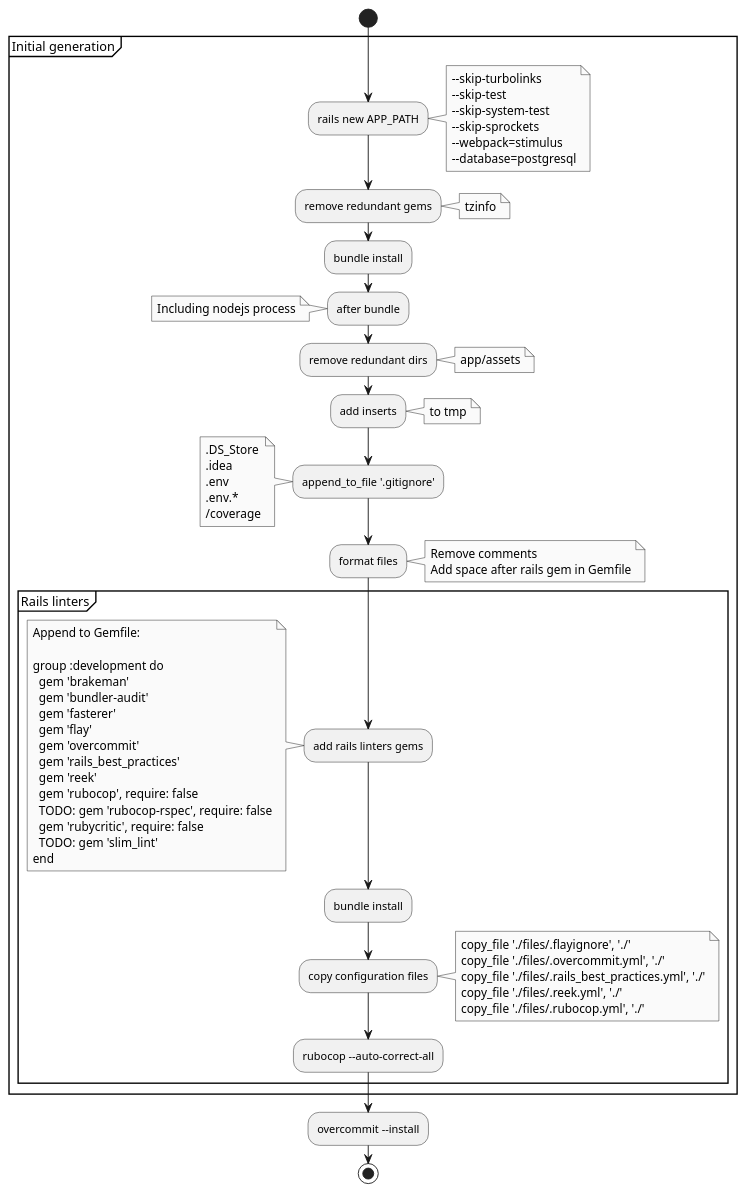
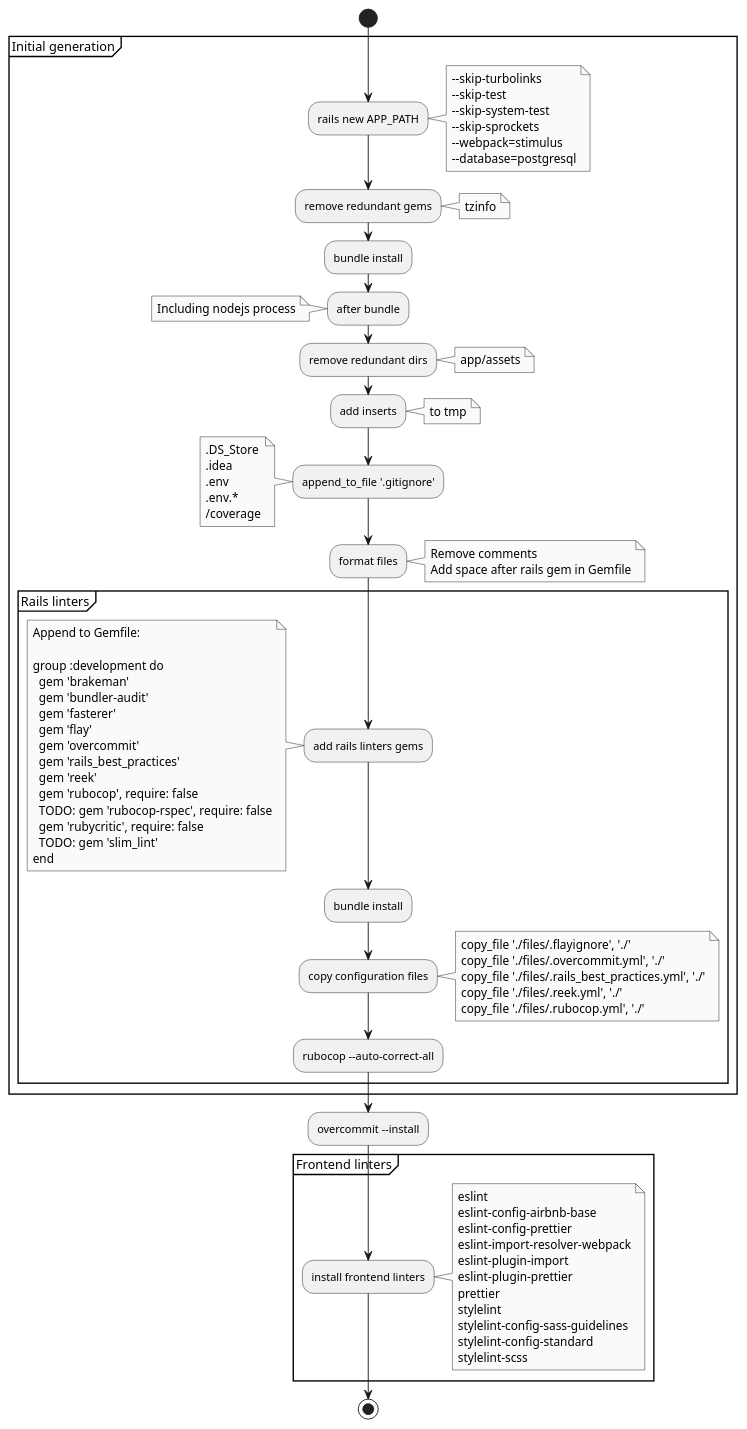
Before and after one commit to jrcech/rails_template: the first of 2 diagrams in docs/template_generator_process.md, drawn with PlantUML. The commit also changed 9 other files, not shown here.

```diff
--- a/docs/template_generator_process.md
+++ b/docs/template_generator_process.md
@@ -92,6 +92,23 @@
 
 :overcommit --install;
 
+partition "Frontend linters" {
+  :install frontend linters;
+  note right
+    eslint
+    eslint-config-airbnb-base
+    eslint-config-prettier
+    eslint-import-resolver-webpack
+    eslint-plugin-import
+    eslint-plugin-prettier
+    prettier
+    stylelint
+    stylelint-config-sass-guidelines
+    stylelint-config-standard
+    stylelint-scss
+  end note
+}
+
 stop
 
 @enduml
```
